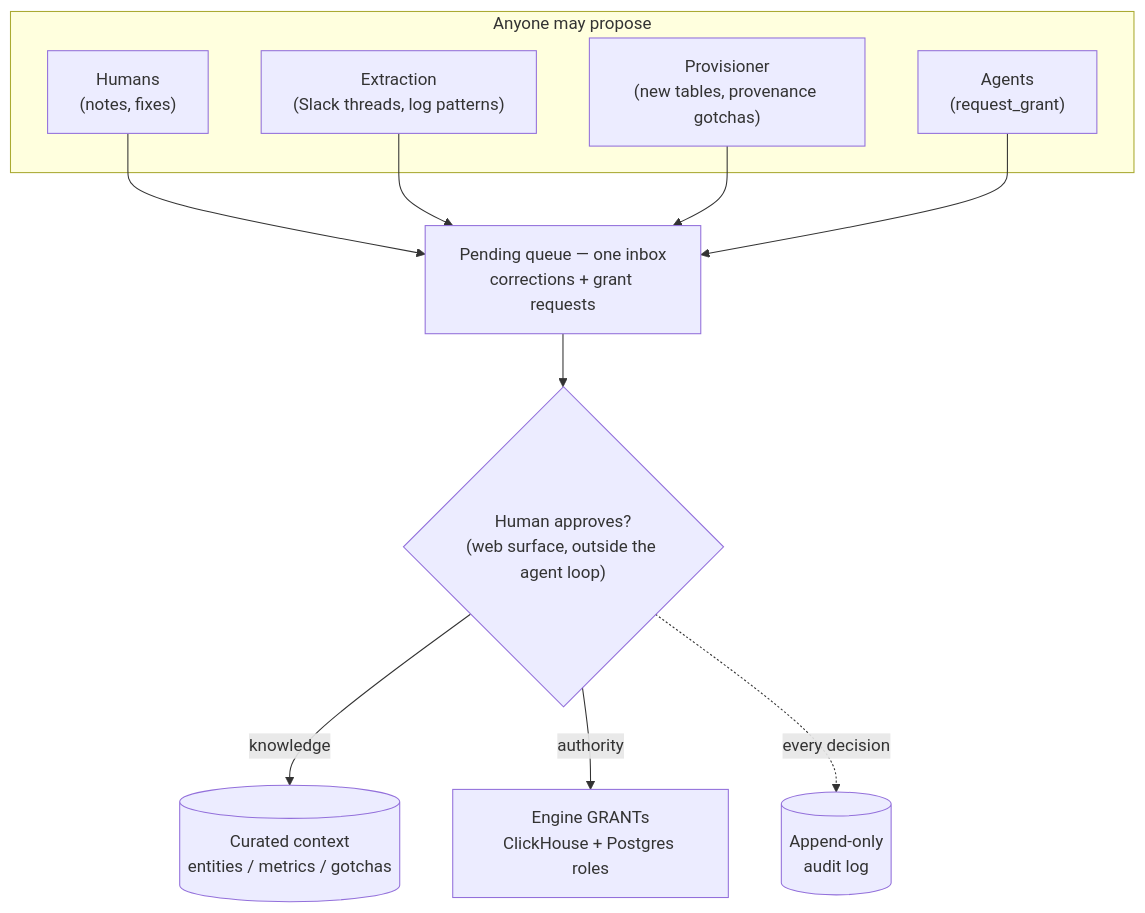
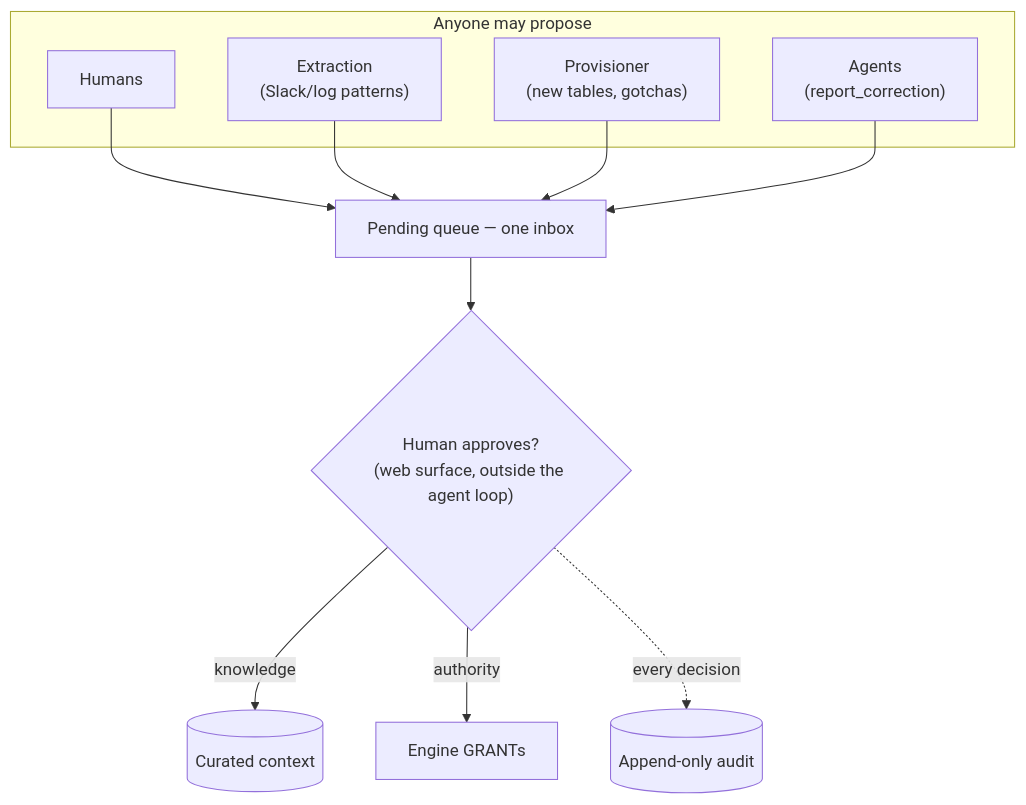
The second of 2 diagrams in README.md (Hedgy-Labs/setoku), drawn with Mermaid before and after one commit. The commit also changed other lines of this file, not shown here.

````diff
--- a/README.md
+++ b/README.md
@@ -196,24 +214,22 @@
 ```mermaid
 flowchart TB
     subgraph proposers["Anyone may propose"]
-        H["Humans<br/>(notes, fixes)"]
-        X["Extraction<br/>(Slack threads, log patterns)"]
-        P["Provisioner<br/>(new tables, provenance gotchas)"]
-        G["Agents<br/>(request_grant)"]
+        H["Humans"]
+        X["Extraction<br/>(Slack/log patterns)"]
+        P["Provisioner<br/>(new tables, gotchas)"]
+        G["Agents<br/>(report_correction)"]
     end
-
-    Q["Pending queue — one inbox<br/>corrections + grant requests"]
+    Q["Pending queue — one inbox"]
     HU{"Human approves?<br/>(web surface, outside the agent loop)"}
-    K[("Curated context<br/>entities / metrics / gotchas")]
-    DB["Engine GRANTs<br/>ClickHouse + Postgres roles"]
-    AU[("Append-only<br/>audit log")]
-
+    K[("Curated context")]
+    DB["Engine GRANTs"]
+    AU[("Append-only audit")]
     H --> Q
     X --> Q
     P --> Q
     G --> Q
     Q --> HU
     HU -- "knowledge" --> K
     HU -- "authority" --> DB
     HU -. "every decision" .-> AU
 ```
````
